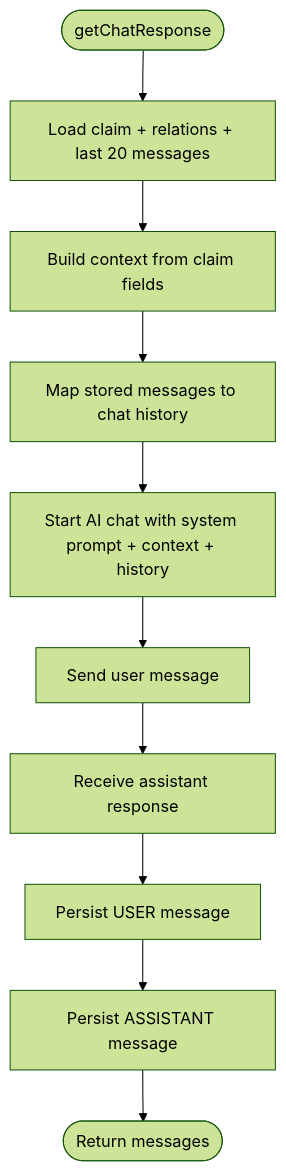
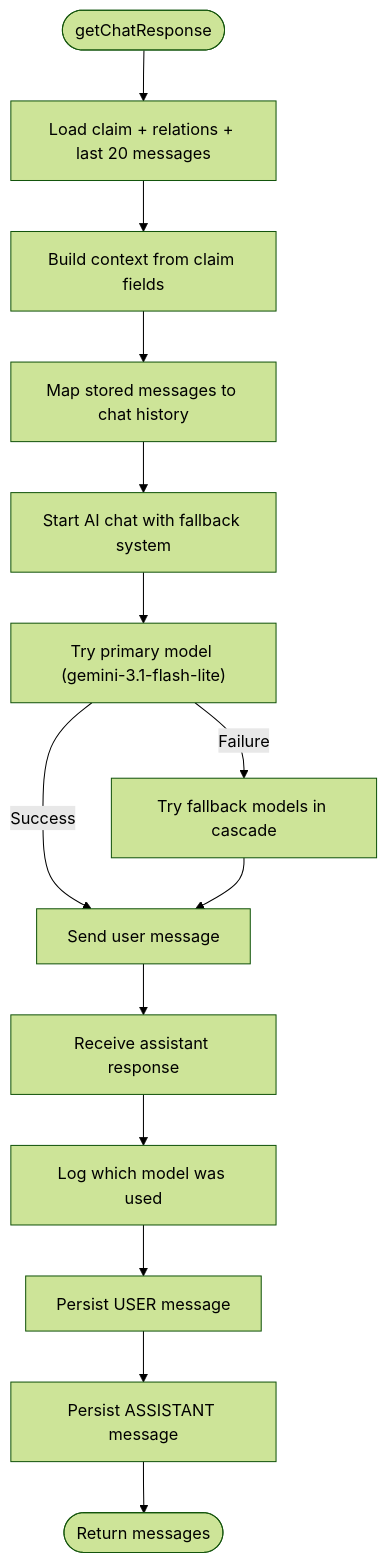
One commit to NaveenHiranya/Smart-Vehicle-Insurance-Claim-System changed the third of 8 diagrams in .qoder/repowiki/en/content/AI Services Integration/Claim Assistant Chat Service.md. Above: the diagram before and after it, drawn with Mermaid (forest theme). The commit also changed other lines of this file and 41 other files, not shown here.

````diff
--- a/.qoder/repowiki/en/content/AI Services Integration/Claim Assistant Chat Service.md
+++ b/.qoder/repowiki/en/content/AI Services Integration/Claim Assistant Chat Service.md
@@ -112,12 +127,16 @@
 ```mermaid
 flowchart TD
 Start(["getChatResponse"]) --> LoadClaim["Load claim + relations + last 20 messages"]
 LoadClaim --> BuildContext["Build context from claim fields"]
 BuildContext --> BuildHistory["Map stored messages to chat history"]
-BuildHistory --> StartChat["Start AI chat with system prompt + context + history"]
-StartChat --> SendMsg["Send user message"]
+BuildHistory --> StartChat["Start AI chat with fallback system"]
+StartChat --> TryPrimary["Try primary model (gemini-3.1-flash-lite)"]
+TryPrimary --> |Success| SendMsg["Send user message"]
+TryPrimary --> |Failure| TryFallback["Try fallback models in cascade"]
+TryFallback --> SendMsg
 SendMsg --> GetResp["Receive assistant response"]
-GetResp --> PersistUser["Persist USER message"]
+GetResp --> LogModel["Log which model was used"]
+LogModel --> PersistUser["Persist USER message"]
 PersistUser --> PersistAssist["Persist ASSISTANT message"]
 PersistAssist --> Return(["Return messages"])
 ```
````
